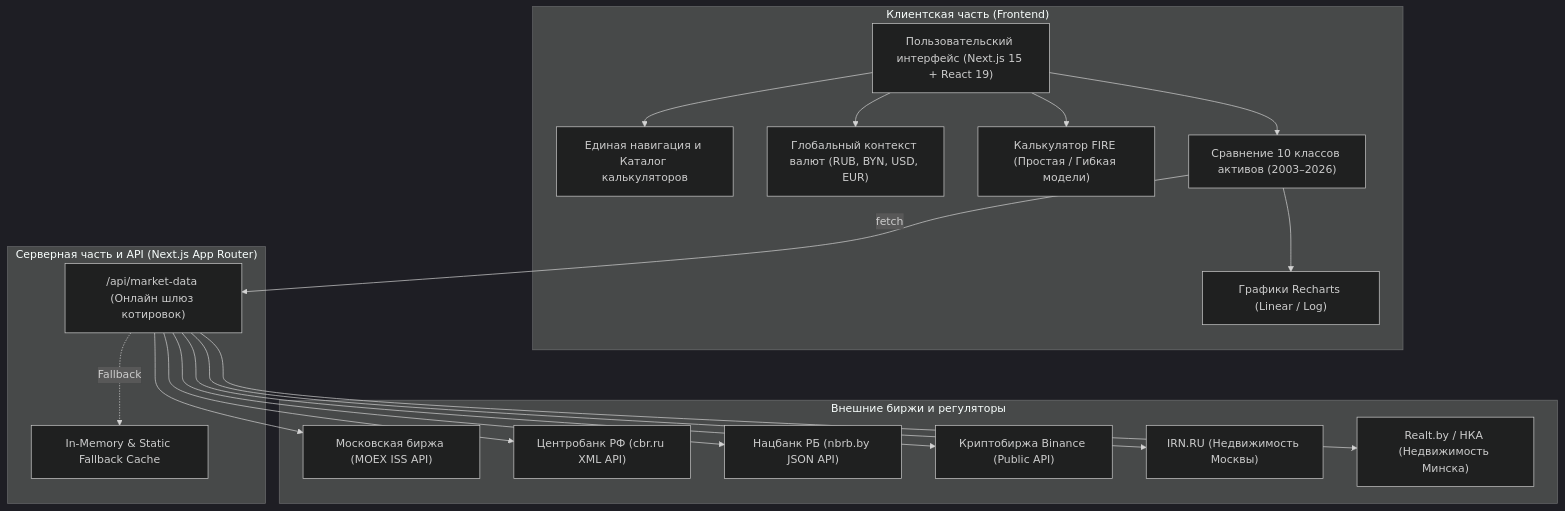
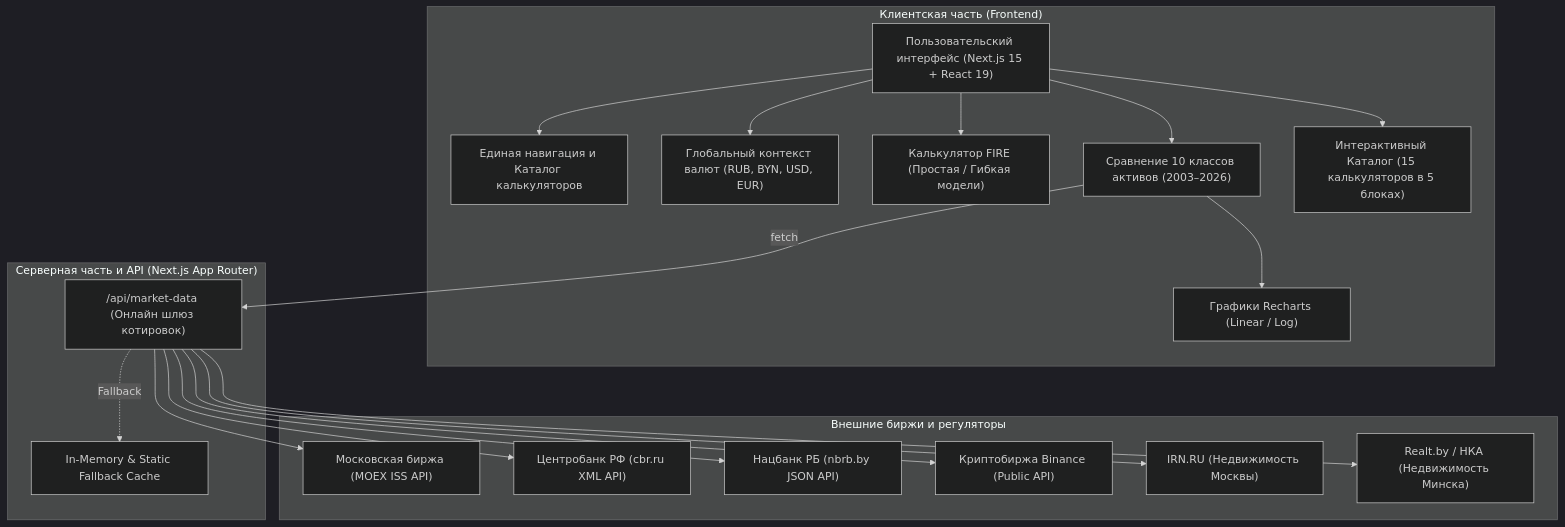
Before and after one commit to ykr0p/finance-toolbox: the first of 4 diagrams in docs/PROJECT_DOCUMENTATION.md, drawn with Mermaid (dark theme). The commit also changed other lines of this file and 31 other files, not shown here.

Commit message:
feat: implement 15-calculator catalog architecture, categorized blocks and subfolder routing

````diff
--- a/docs/PROJECT_DOCUMENTATION.md
+++ b/docs/PROJECT_DOCUMENTATION.md
@@ -12,40 +12,42 @@
 ```mermaid
 flowchart TD
     subgraph Frontend ["Клиентская часть (Frontend)"]
         UI["Пользовательский интерфейс (Next.js 15 + React 19)"]
         Nav["Единая навигация и Каталог калькуляторов"]
         CurCtx["Глобальный контекст валют (RUB, BYN, USD, EUR)"]
         CalcFIRE["Калькулятор FIRE (Простая / Гибкая модели)"]
         CalcComp["Сравнение 10 классов активов (2003–2026)"]
+        CatalogPage["Интерактивный Каталог (15 калькуляторов в 5 блоках)"]
         Charts["Графики Recharts (Linear / Log)"]
     end
 
     subgraph Backend ["Серверная часть и API (Next.js App Router)"]
         MarketRoute["/api/market-data (Онлайн шлюз котировок)"]
         Cache["In-Memory & Static Fallback Cache"]
     end
 
     subgraph ExternalAPIs ["Внешние биржи и регуляторы"]
         MOEX["Московская биржа (MOEX ISS API)"]
         CBR["Центробанк РФ (cbr.ru XML API)"]
         NBRB["Нацбанк РБ (nbrb.by JSON API)"]
         Binance["Криптобиржа Binance (Public API)"]
         RE_RU["IRN.RU (Недвижимость Москвы)"]
         RE_BY["Realt.by / НКА (Недвижимость Минска)"]
     end
 
     UI --> Nav
     UI --> CurCtx
     UI --> CalcFIRE
     UI --> CalcComp
+    UI --> CatalogPage
     CalcComp --> Charts
     CalcComp -->|fetch| MarketRoute
 
     MarketRoute --> MOEX
     MarketRoute --> CBR
     MarketRoute --> NBRB
     MarketRoute --> Binance
     MarketRoute --> RE_RU
     MarketRoute --> RE_BY
     MarketRoute -.->|Fallback| Cache
 ```
````
